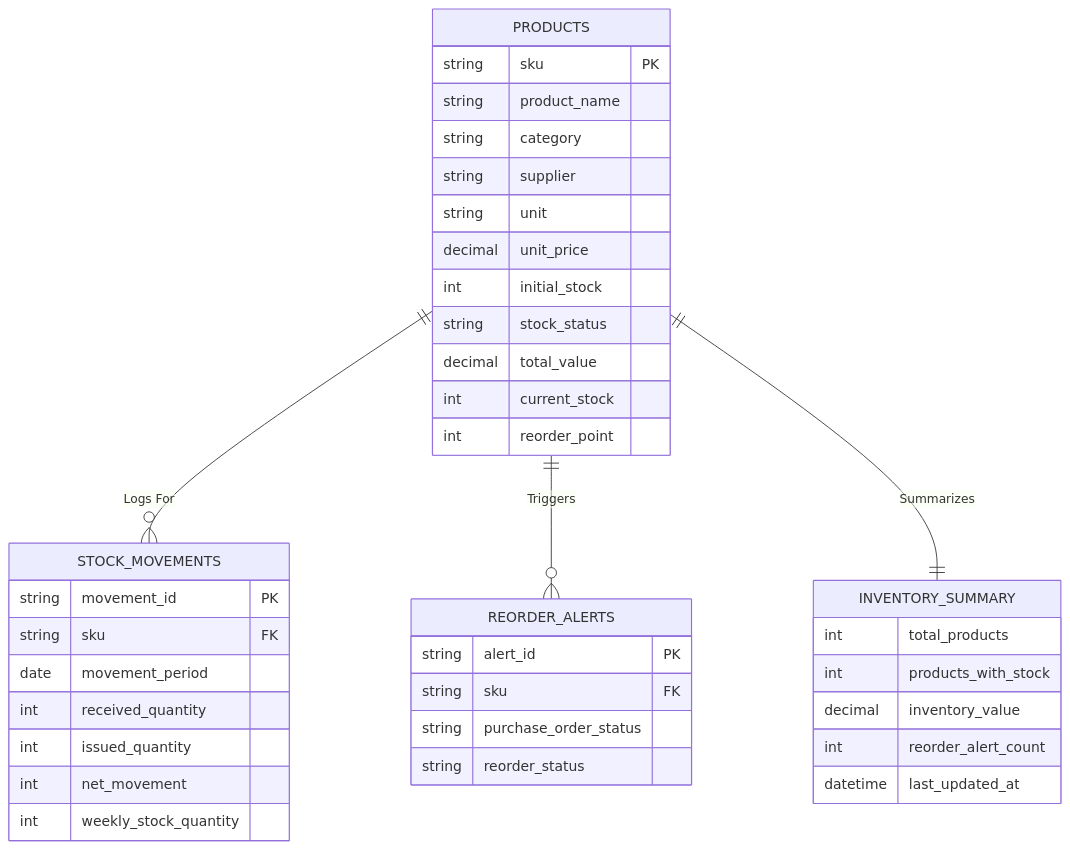
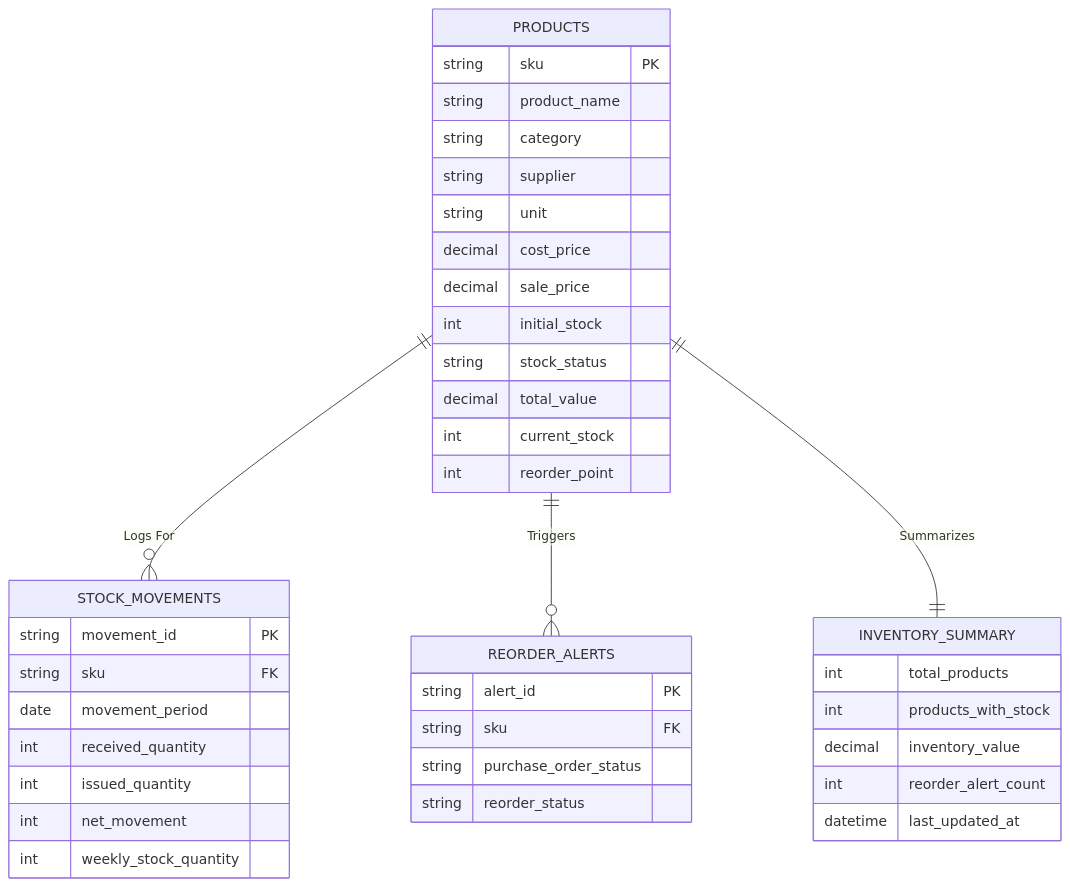
One commit to Jellyfrist/RTSync changed the diagram in Documentations/product-inventory-erd-mapping.md. Above: the diagram before and after it, drawn with Mermaid. The commit also changed other lines of this file and 4 other files, not shown here.

Commit message:
docs: align ERD mappings with current UI

````diff
--- a/Documentations/product-inventory-erd-mapping.md
+++ b/Documentations/product-inventory-erd-mapping.md
@@ -12,42 +14,43 @@
 ```mermaid
 erDiagram
     PRODUCTS ||--o{ STOCK_MOVEMENTS : "Logs For"
     PRODUCTS ||--o{ REORDER_ALERTS : "Triggers"
     PRODUCTS ||--|| INVENTORY_SUMMARY : "Summarizes"
 
     PRODUCTS {
       string sku PK
       string product_name
       string category
       string supplier
       string unit
-      decimal unit_price
+      decimal cost_price
+      decimal sale_price
       int initial_stock
       string stock_status
       decimal total_value
       int current_stock
       int reorder_point
     }
     STOCK_MOVEMENTS {
       string movement_id PK
       string sku FK
       date movement_period
       int received_quantity
       int issued_quantity
       int net_movement
       int weekly_stock_quantity
     }
     REORDER_ALERTS {
       string alert_id PK
       string sku FK
       string purchase_order_status
       string reorder_status
     }
     INVENTORY_SUMMARY {
       int total_products
       int products_with_stock
       decimal inventory_value
       int reorder_alert_count
       datetime last_updated_at
     }
 ```
````
